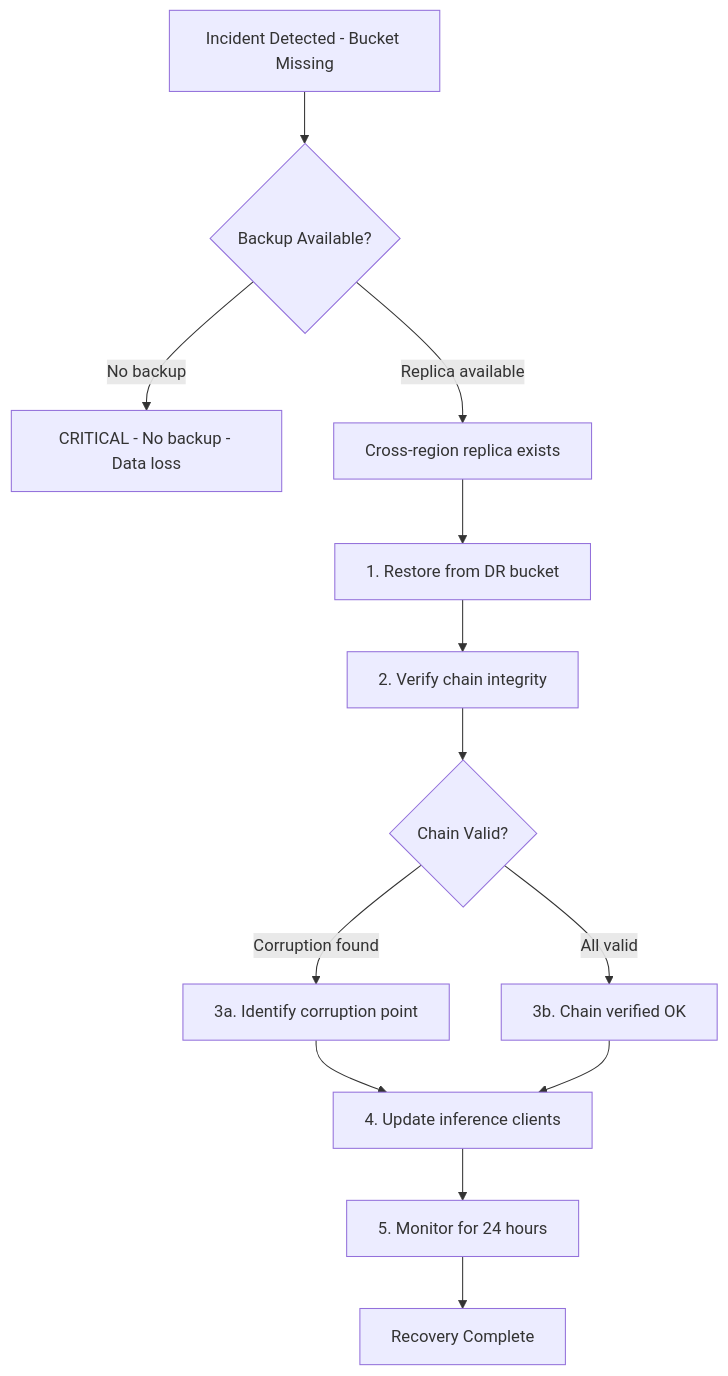
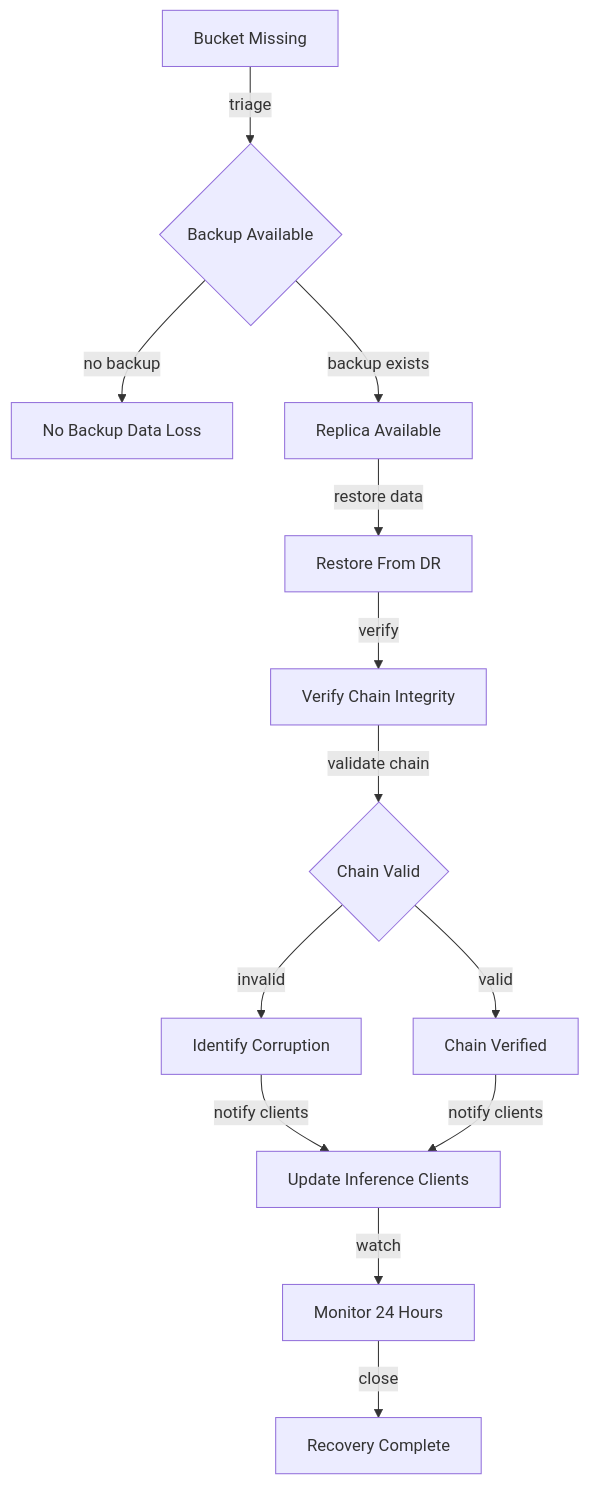
Before and after one commit to Tuee22/SpectralMC: the fourth of 5 diagrams in documents/product/deployment.md, drawn with Mermaid. The commit also changed other lines of this file and 28 other files, not shown here.

````diff
--- a/documents/product/deployment.md
+++ b/documents/product/deployment.md
@@ -547,29 +579,29 @@
 ```mermaid
 flowchart TB
-  Incident[Incident Detected - Bucket Missing]
-  Assess{Backup Available?}
-  NoBackup[CRITICAL - No backup - Data loss]
-  HasBackup[Cross-region replica exists]
+  Incident[Bucket Missing]
+  Assess{Backup Available}
+  NoBackup[No Backup Data Loss]
+  HasBackup[Replica Available]
 
-  Restore[1. Restore from DR bucket]
-  Verify[2. Verify chain integrity]
-  CheckIntegrity{Chain Valid?}
-  Corrupted[3a. Identify corruption point]
-  Valid[3b. Chain verified OK]
-  UpdateClients[4. Update inference clients]
-  Monitor[5. Monitor for 24 hours]
+  Restore[Restore From DR]
+  Verify[Verify Chain Integrity]
+  CheckIntegrity{Chain Valid}
+  Corrupted[Identify Corruption]
+  Valid[Chain Verified]
+  UpdateClients[Update Inference Clients]
+  Monitor[Monitor 24 Hours]
   Complete[Recovery Complete]
 
-  Incident --> Assess
-  Assess -->|No backup| NoBackup
-  Assess -->|Replica available| HasBackup
-  HasBackup --> Restore
-  Restore --> Verify
-  Verify --> CheckIntegrity
-  CheckIntegrity -->|Corruption found| Corrupted
-  CheckIntegrity -->|All valid| Valid
-  Corrupted --> UpdateClients
-  Valid --> UpdateClients
-  UpdateClients --> Monitor
-  Monitor --> Complete
+  Incident -->|triage| Assess
+  Assess -->|no backup| NoBackup
+  Assess -->|backup exists| HasBackup
+  HasBackup -->|restore data| Restore
+  Restore -->|verify| Verify
+  Verify -->|validate chain| CheckIntegrity
+  CheckIntegrity -->|invalid| Corrupted
+  CheckIntegrity -->|valid| Valid
+  Corrupted -->|notify clients| UpdateClients
+  Valid -->|notify clients| UpdateClients
+  UpdateClients -->|watch| Monitor
+  Monitor -->|close| Complete
 ```
````
